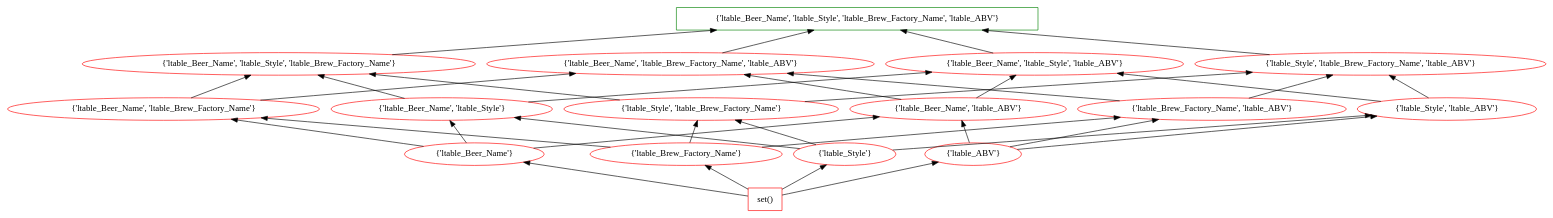
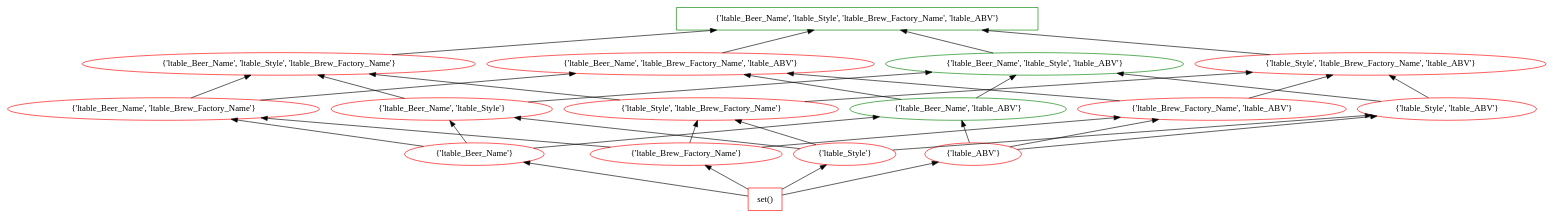
The diagram in data/beers/deeper/4/lattice_3.dot (tteofili/certem), drawn with Graphviz before and after one commit. The commit also changed 561 other files, not shown here.

```diff
--- a/data/beers/deeper/4/lattice_3.dot
+++ b/data/beers/deeper/4/lattice_3.dot
@@ -1,54 +1,54 @@
 digraph G {
 splines="line"
 rankdir=BT
 "{'ltable_Beer_Name', 'ltable_Style', 'ltable_Brew_Factory_Name', 'ltable_ABV'}" [shape=box];
 "set()" [shape=box];
 "set()" [color=red];
 "set()" -> "{'ltable_Beer_Name'}";
 "set()" -> "{'ltable_Brew_Factory_Name'}";
 "set()" -> "{'ltable_Style'}";
 "set()" -> "{'ltable_ABV'}";
 "{'ltable_Beer_Name'}" [color=red];
 "{'ltable_Beer_Name'}" -> "{'ltable_Beer_Name', 'ltable_Brew_Factory_Name'}";
 "{'ltable_Beer_Name'}" -> "{'ltable_Beer_Name', 'ltable_Style'}";
 "{'ltable_Beer_Name'}" -> "{'ltable_Beer_Name', 'ltable_ABV'}";
 "{'ltable_Brew_Factory_Name'}" [color=red];
 "{'ltable_Brew_Factory_Name'}" -> "{'ltable_Beer_Name', 'ltable_Brew_Factory_Name'}";
 "{'ltable_Brew_Factory_Name'}" -> "{'ltable_Style', 'ltable_Brew_Factory_Name'}";
 "{'ltable_Brew_Factory_Name'}" -> "{'ltable_Brew_Factory_Name', 'ltable_ABV'}";
 "{'ltable_Style'}" [color=red];
 "{'ltable_Style'}" -> "{'ltable_Beer_Name', 'ltable_Style'}";
 "{'ltable_Style'}" -> "{'ltable_Style', 'ltable_Brew_Factory_Name'}";
 "{'ltable_Style'}" -> "{'ltable_Style', 'ltable_ABV'}";
 "{'ltable_ABV'}" [color=red];
 "{'ltable_ABV'}" -> "{'ltable_Beer_Name', 'ltable_ABV'}";
 "{'ltable_ABV'}" -> "{'ltable_Brew_Factory_Name', 'ltable_ABV'}";
 "{'ltable_ABV'}" -> "{'ltable_Style', 'ltable_ABV'}";
 "{'ltable_Beer_Name', 'ltable_Brew_Factory_Name'}" [color=red];
 "{'ltable_Beer_Name', 'ltable_Brew_Factory_Name'}" -> "{'ltable_Beer_Name', 'ltable_Style', 'ltable_Brew_Factory_Name'}";
 "{'ltable_Beer_Name', 'ltable_Brew_Factory_Name'}" -> "{'ltable_Beer_Name', 'ltable_Brew_Factory_Name', 'ltable_ABV'}";
 "{'ltable_Beer_Name', 'ltable_Style'}" [color=red];
 "{'ltable_Beer_Name', 'ltable_Style'}" -> "{'ltable_Beer_Name', 'ltable_Style', 'ltable_Brew_Factory_Name'}";
 "{'ltable_Beer_Name', 'ltable_Style'}" -> "{'ltable_Beer_Name', 'ltable_Style', 'ltable_ABV'}";
-"{'ltable_Beer_Name', 'ltable_ABV'}" [color=red];
+"{'ltable_Beer_Name', 'ltable_ABV'}" [color=green];
 "{'ltable_Beer_Name', 'ltable_ABV'}" -> "{'ltable_Beer_Name', 'ltable_Brew_Factory_Name', 'ltable_ABV'}";
 "{'ltable_Beer_Name', 'ltable_ABV'}" -> "{'ltable_Beer_Name', 'ltable_Style', 'ltable_ABV'}";
 "{'ltable_Style', 'ltable_Brew_Factory_Name'}" [color=red];
 "{'ltable_Style', 'ltable_Brew_Factory_Name'}" -> "{'ltable_Beer_Name', 'ltable_Style', 'ltable_Brew_Factory_Name'}";
 "{'ltable_Style', 'ltable_Brew_Factory_Name'}" -> "{'ltable_Style', 'ltable_Brew_Factory_Name', 'ltable_ABV'}";
 "{'ltable_Brew_Factory_Name', 'ltable_ABV'}" [color=red];
 "{'ltable_Brew_Factory_Name', 'ltable_ABV'}" -> "{'ltable_Beer_Name', 'ltable_Brew_Factory_Name', 'ltable_ABV'}";
 "{'ltable_Brew_Factory_Name', 'ltable_ABV'}" -> "{'ltable_Style', 'ltable_Brew_Factory_Name', 'ltable_ABV'}";
 "{'ltable_Style', 'ltable_ABV'}" [color=red];
 "{'ltable_Style', 'ltable_ABV'}" -> "{'ltable_Beer_Name', 'ltable_Style', 'ltable_ABV'}";
 "{'ltable_Style', 'ltable_ABV'}" -> "{'ltable_Style', 'ltable_Brew_Factory_Name', 'ltable_ABV'}";
 "{'ltable_Beer_Name', 'ltable_Style', 'ltable_Brew_Factory_Name'}" [color=red];
 "{'ltable_Beer_Name', 'ltable_Style', 'ltable_Brew_Factory_Name'}" -> "{'ltable_Beer_Name', 'ltable_Style', 'ltable_Brew_Factory_Name', 'ltable_ABV'}";
 "{'ltable_Beer_Name', 'ltable_Brew_Factory_Name', 'ltable_ABV'}" [color=red];
 "{'ltable_Beer_Name', 'ltable_Brew_Factory_Name', 'ltable_ABV'}" -> "{'ltable_Beer_Name', 'ltable_Style', 'ltable_Brew_Factory_Name', 'ltable_ABV'}";
-"{'ltable_Beer_Name', 'ltable_Style', 'ltable_ABV'}" [color=red];
+"{'ltable_Beer_Name', 'ltable_Style', 'ltable_ABV'}" [color=green];
 "{'ltable_Beer_Name', 'ltable_Style', 'ltable_ABV'}" -> "{'ltable_Beer_Name', 'ltable_Style', 'ltable_Brew_Factory_Name', 'ltable_ABV'}";
 "{'ltable_Style', 'ltable_Brew_Factory_Name', 'ltable_ABV'}" [color=red];
 "{'ltable_Style', 'ltable_Brew_Factory_Name', 'ltable_ABV'}" -> "{'ltable_Beer_Name', 'ltable_Style', 'ltable_Brew_Factory_Name', 'ltable_ABV'}";
 "{'ltable_Beer_Name', 'ltable_Style', 'ltable_Brew_Factory_Name', 'ltable_ABV'}" [color=green];
 }
```
